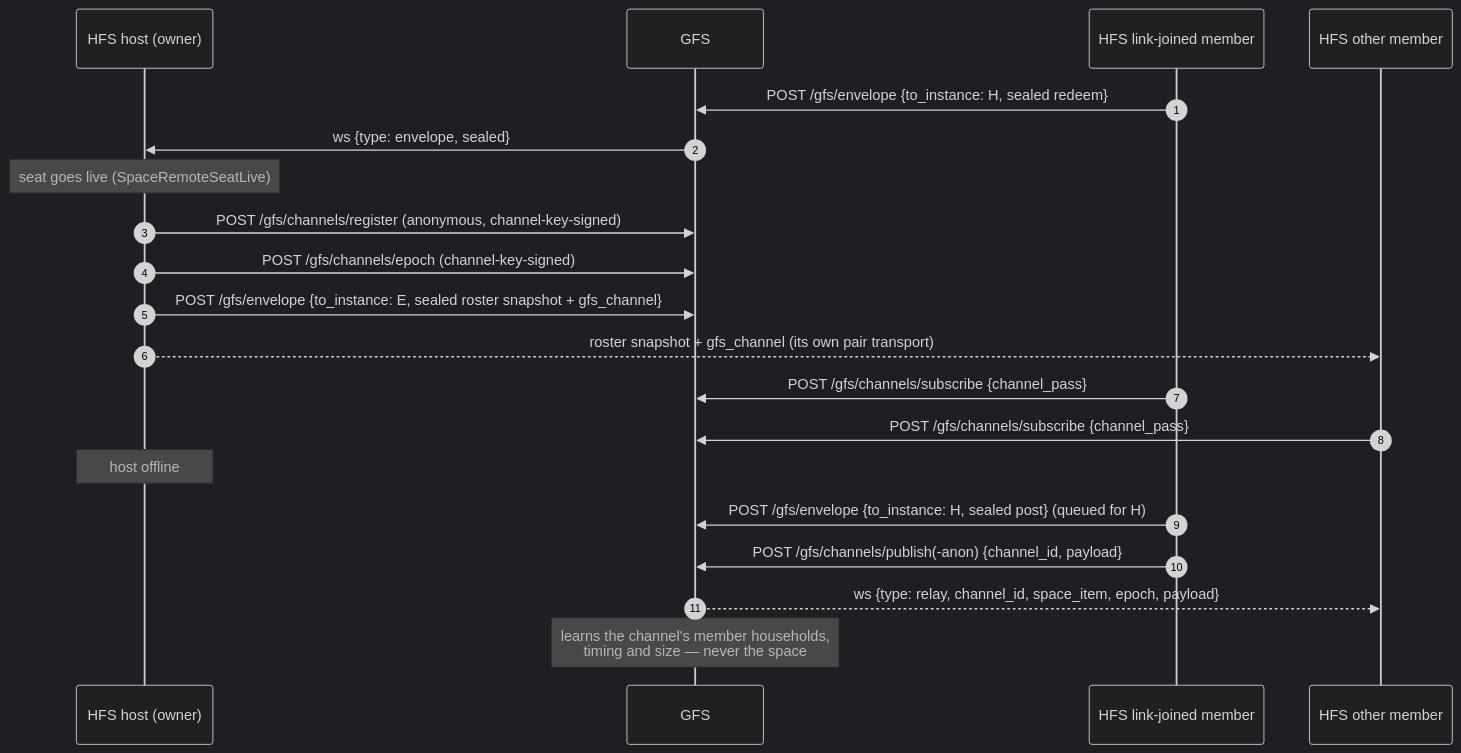
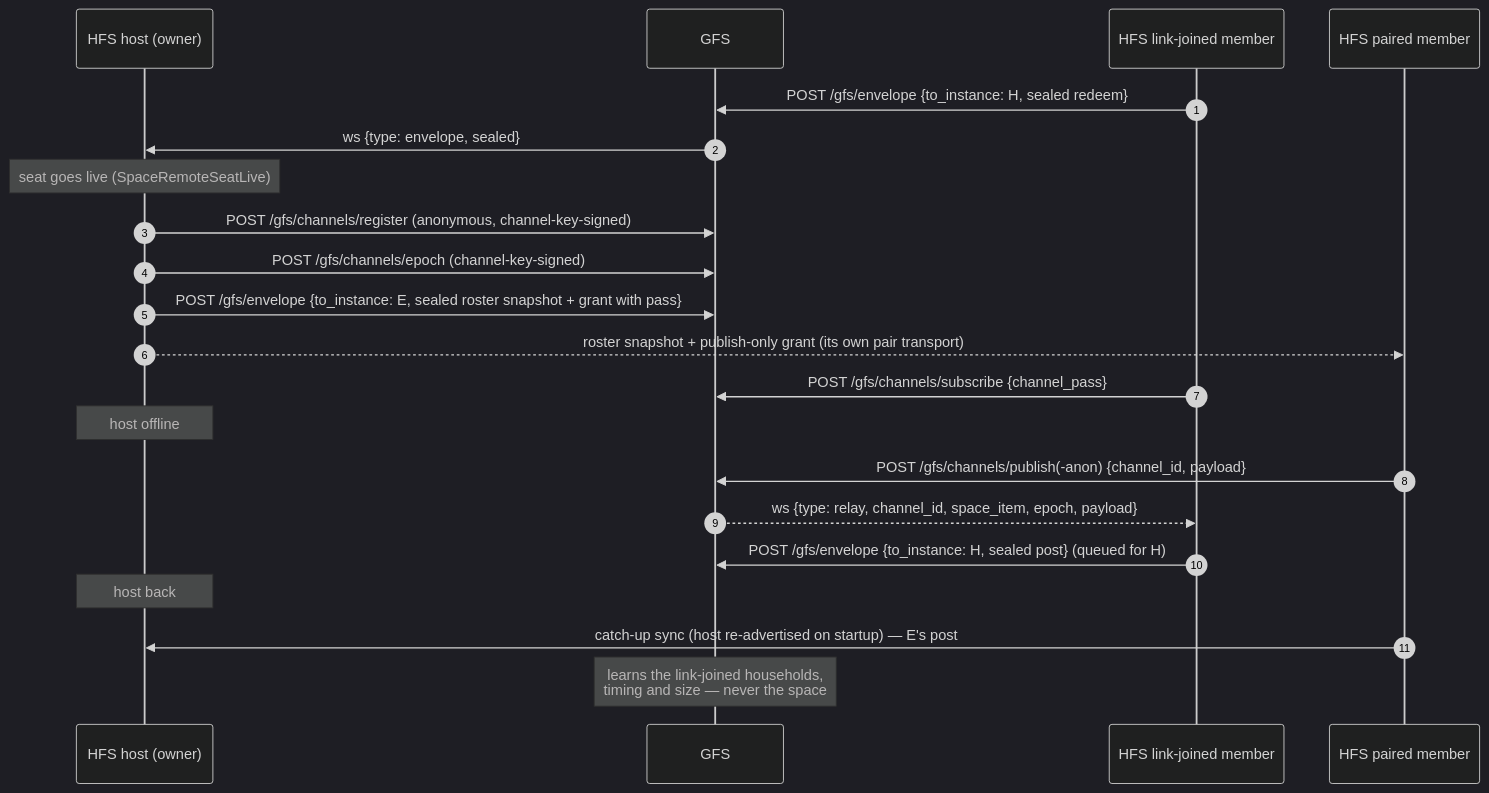
One commit to social-home-io/socialhome changed the fourth of 6 diagrams in docs/protocol/invites.md. Above: the diagram before and after it, drawn with Mermaid (dark theme). The commit also changed other lines of this file and 40 other files, not shown here.

First line of the commit message:
Private-space channels show the connection server only link-joined households, and heal themselves

````diff
--- a/docs/protocol/invites.md
+++ b/docs/protocol/invites.md
@@ -837,22 +841,23 @@
 ```mermaid
 sequenceDiagram
     autonumber
     participant H as HFS host (owner)
     participant G as GFS
     participant E as HFS link-joined member
-    participant M as HFS other member
+    participant M as HFS paired member
     E->>G: POST /gfs/envelope {to_instance: H, sealed redeem}
     G->>H: ws {type: envelope, sealed}
     Note over H: seat goes live (SpaceRemoteSeatLive)
     H->>G: POST /gfs/channels/register (anonymous, channel-key-signed)
     H->>G: POST /gfs/channels/epoch (channel-key-signed)
-    H->>G: POST /gfs/envelope {to_instance: E, sealed roster snapshot + gfs_channel}
-    H-->>M: roster snapshot + gfs_channel (its own pair transport)
+    H->>G: POST /gfs/envelope {to_instance: E, sealed roster snapshot + grant with pass}
+    H-->>M: roster snapshot + publish-only grant (its own pair transport)
     E->>G: POST /gfs/channels/subscribe {channel_pass}
-    M->>G: POST /gfs/channels/subscribe {channel_pass}
     Note over H: host offline
+    M->>G: POST /gfs/channels/publish(-anon) {channel_id, payload}
+    G-->>E: ws {type: relay, channel_id, space_item, epoch, payload}
     E->>G: POST /gfs/envelope {to_instance: H, sealed post} (queued for H)
-    E->>G: POST /gfs/channels/publish(-anon) {channel_id, payload}
-    G-->>M: ws {type: relay, channel_id, space_item, epoch, payload}
-    Note over G: learns the channel's member households,<br/>timing and size — never the space
+    Note over H: host back
+    M->>H: catch-up sync (host re-advertised on startup) — E's post
+    Note over G: learns the link-joined households,<br/>timing and size — never the space
 ```
````
